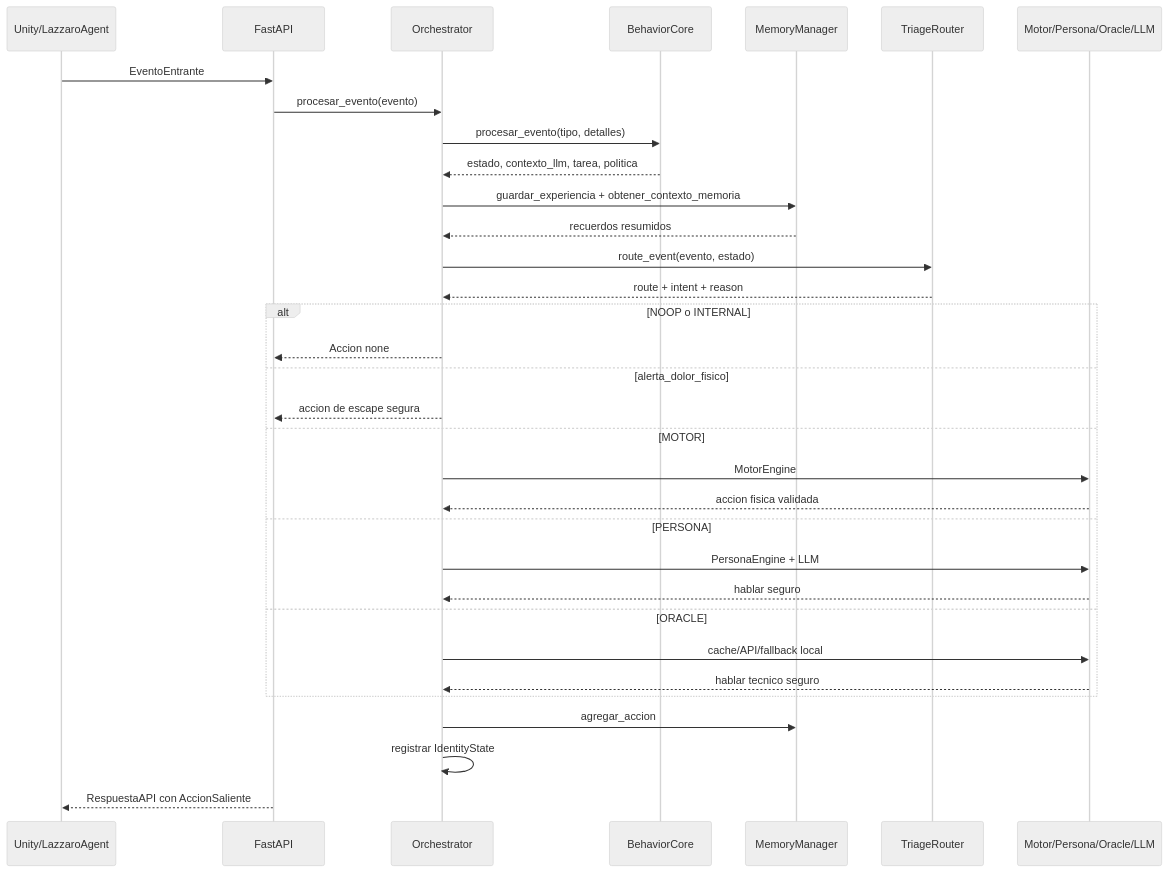
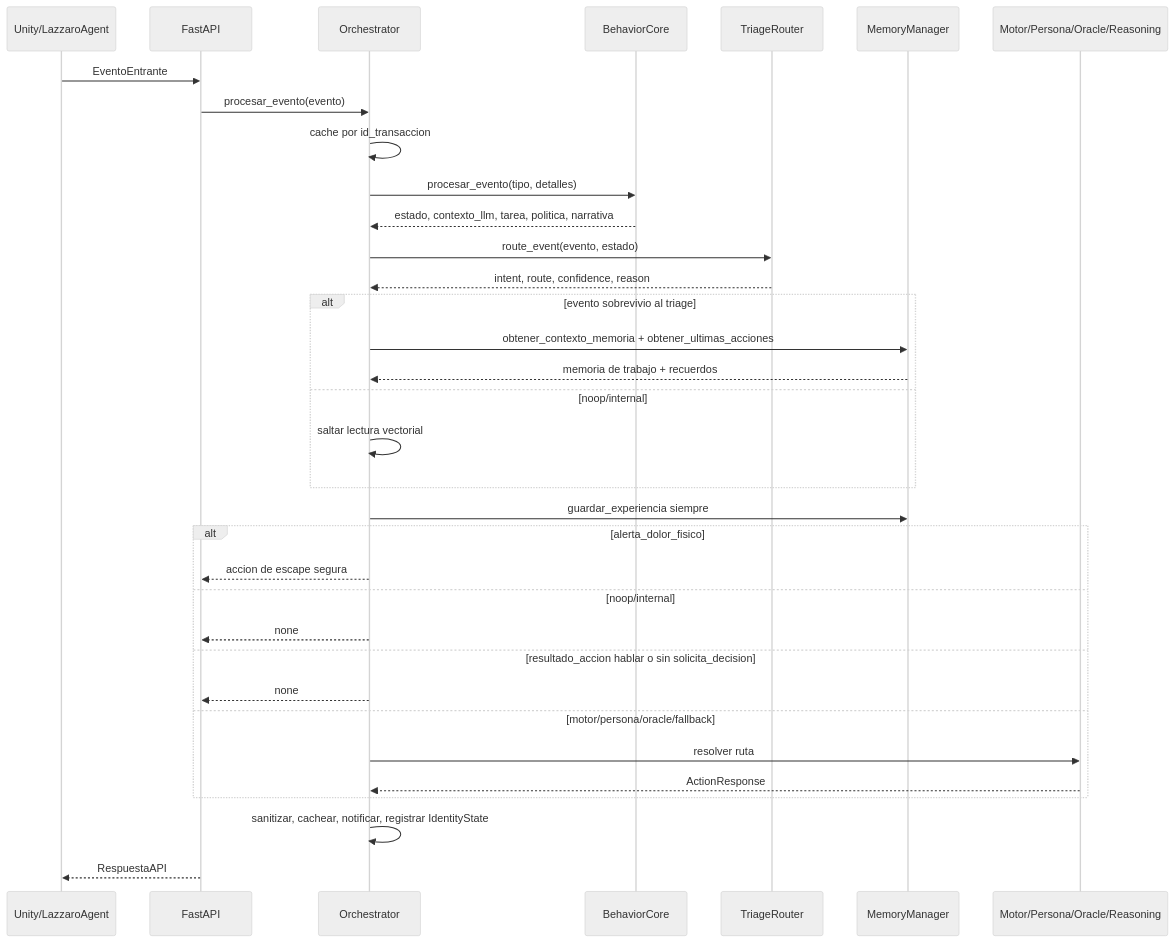
One commit to Genrex-code/Lazzaro changed the second of 4 diagrams in docs/arquitectura_completa_lazzaro.md. Above: the diagram before and after it, drawn with Mermaid (neutral theme). The commit also changed other lines of this file and 4 other files, not shown here.

````diff
--- a/docs/arquitectura_completa_lazzaro.md
+++ b/docs/arquitectura_completa_lazzaro.md
@@ -59,36 +75,37 @@
 ```mermaid
 sequenceDiagram
     participant Unity as Unity/LazzaroAgent
     participant API as FastAPI
     participant Orch as Orchestrator
     participant Core as BehaviorCore
+    participant Triage as TriageRouter
     participant Mem as MemoryManager
-    participant Triage as TriageRouter
-    participant Layer as Motor/Persona/Oracle/LLM
+    participant Layer as Motor/Persona/Oracle/Reasoning
 
     Unity->>API: EventoEntrante
     API->>Orch: procesar_evento(evento)
+    Orch->>Orch: cache por id_transaccion
     Orch->>Core: procesar_evento(tipo, detalles)
-    Core-->>Orch: estado, contexto_llm, tarea, politica
-    Orch->>Mem: guardar_experiencia + obtener_contexto_memoria
-    Mem-->>Orch: recuerdos resumidos
+    Core-->>Orch: estado, contexto_llm, tarea, politica, narrativa
     Orch->>Triage: route_event(evento, estado)
-    Triage-->>Orch: route + intent + reason
-    alt NOOP o INTERNAL
-        Orch-->>API: Accion none
-    else alerta_dolor_fisico
+    Triage-->>Orch: intent, route, confidence, reason
+    alt evento sobrevivio al triage
+        Orch->>Mem: obtener_contexto_memoria + obtener_ultimas_acciones
+        Mem-->>Orch: memoria de trabajo + recuerdos
+    else noop/internal
+        Orch->>Orch: saltar lectura vectorial
+    end
+    Orch->>Mem: guardar_experiencia siempre
+    alt alerta_dolor_fisico
         Orch-->>API: accion de escape segura
-    else MOTOR
-        Orch->>Layer: MotorEngine
-        Layer-->>Orch: accion fisica validada
-    else PERSONA
-        Orch->>Layer: PersonaEngine + LLM
-        Layer-->>Orch: hablar seguro
-    else ORACLE
-        Orch->>Layer: cache/API/fallback local
-        Layer-->>Orch: hablar tecnico seguro
+    else noop/internal
+        Orch-->>API: none
+    else resultado_accion hablar o sin solicita_decision
+        Orch-->>API: none
+    else motor/persona/oracle/fallback
+        Orch->>Layer: resolver ruta
+        Layer-->>Orch: ActionResponse
     end
-    Orch->>Mem: agregar_accion
-    Orch->>Orch: registrar IdentityState
-    API-->>Unity: RespuestaAPI con AccionSaliente
+    Orch->>Orch: sanitizar, cachear, notificar, registrar IdentityState
+    API-->>Unity: RespuestaAPI
 ```
````
